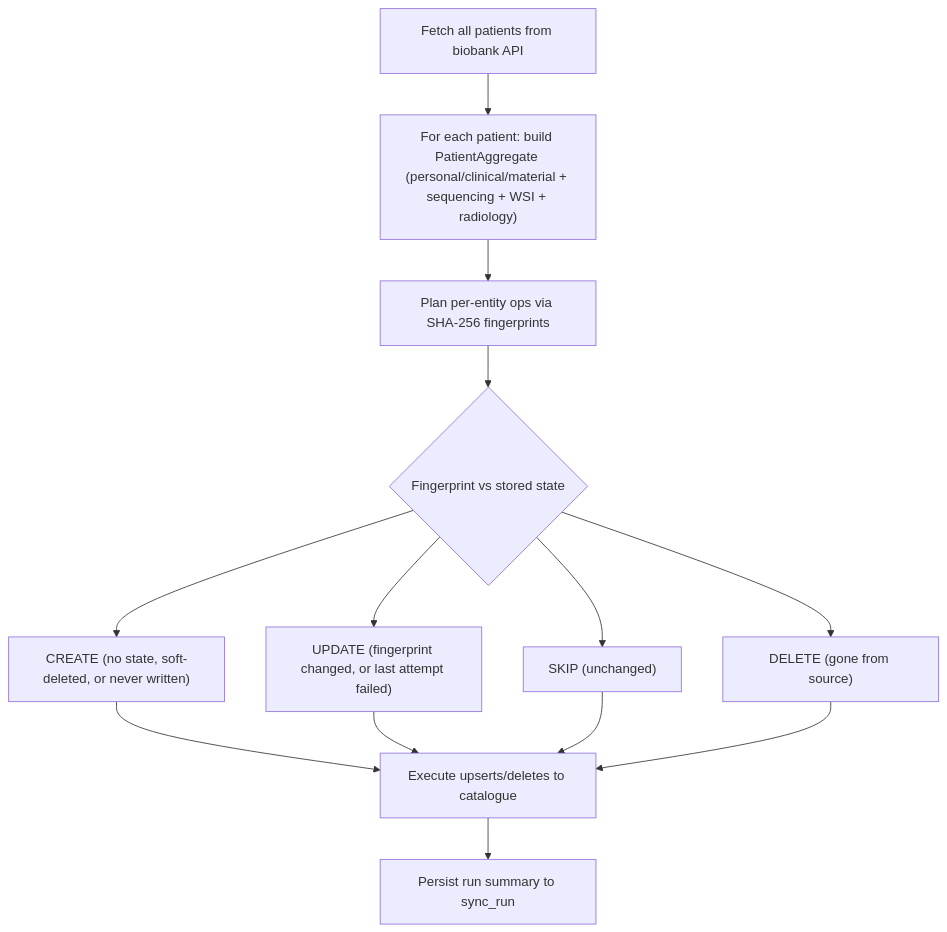
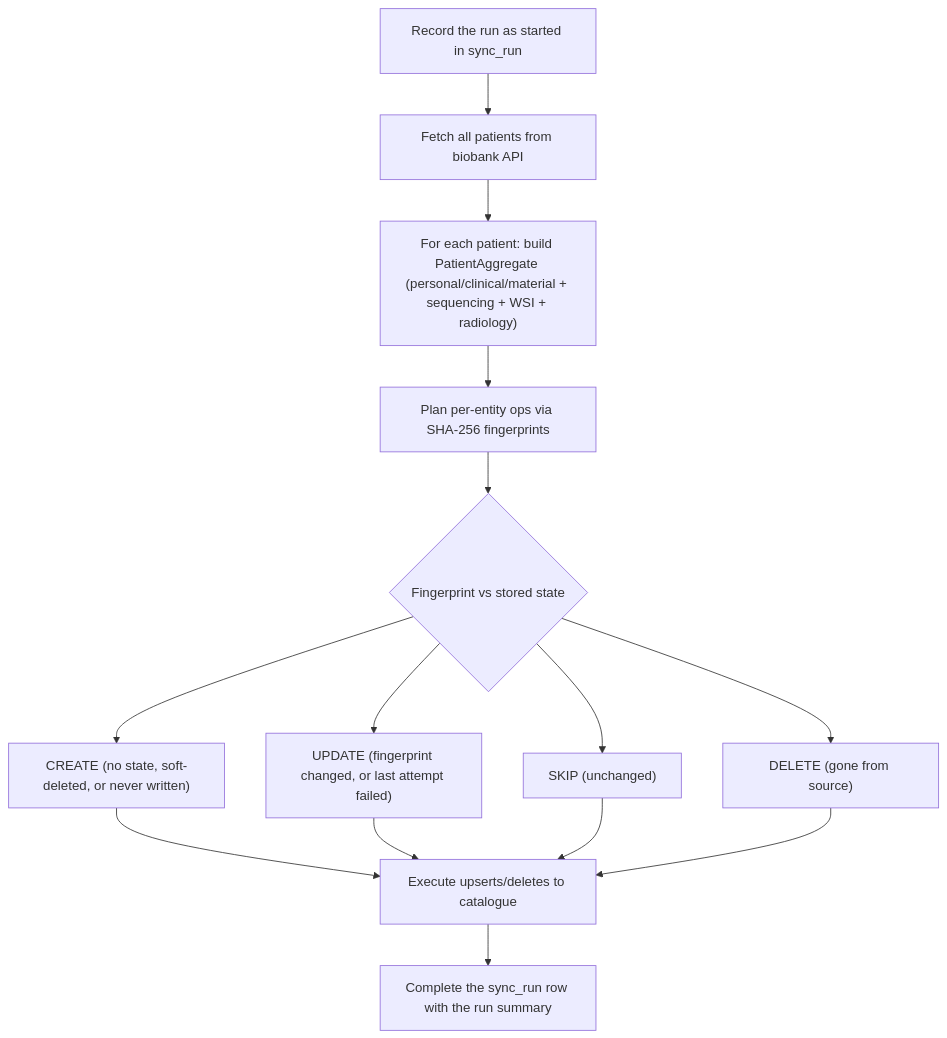
The third of 4 diagrams in ARCHITECTURE.md (BBMRI-cz/data-catalogue-upload), drawn with Mermaid before and after one commit. The commit also changed other lines of this file and 8 other files, not shown here.

````diff
--- a/ARCHITECTURE.md
+++ b/ARCHITECTURE.md
@@ -97,24 +113,25 @@
 ```mermaid
 flowchart TD
+    Start["Record the run as started in sync_run"]
     Fetch["Fetch all patients from biobank API"]
     Build["For each patient: build PatientAggregate (personal/clinical/material + sequencing + WSI + radiology)"]
     Plan["Plan per-entity ops via SHA-256 fingerprints"]
     Decide{"Fingerprint vs stored state"}
     Create["CREATE (no state, soft-deleted, or never written)"]
     Update["UPDATE (fingerprint changed, or last attempt failed)"]
     Skip["SKIP (unchanged)"]
     Delete["DELETE (gone from source)"]
     Execute["Execute upserts/deletes to catalogue"]
-    Persist["Persist run summary to sync_run"]
+    Persist["Complete the sync_run row with the run summary"]
 
-    Fetch --> Build --> Plan --> Decide
+    Start --> Fetch --> Build --> Plan --> Decide
     Decide --> Create
     Decide --> Update
     Decide --> Skip
     Decide --> Delete
     Create --> Execute
     Update --> Execute
     Skip --> Execute
     Delete --> Execute
     Execute --> Persist
 ```
````
